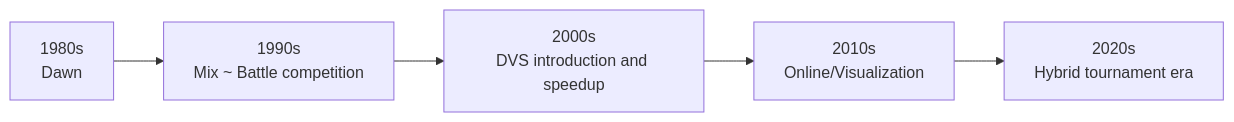
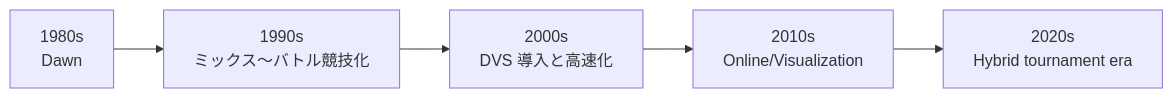
The third of 9 diagrams in en/_posts/2025-11-23-column-dmc-world-dj-championship.md (monumental-movement/monumental-movement.github.io), drawn with Mermaid before and after one commit. The commit also changed other lines of this file and 1012 other files, not shown here.

```diff
--- a/en/_posts/2025-11-23-column-dmc-world-dj-championship.md
+++ b/en/_posts/2025-11-23-column-dmc-world-dj-championship.md
@@ -289,7 +289,7 @@
 <div class="mermaid">
 flowchart LR
-    A[1980s<br>Dawn] --> B[1990s<br>Mix ~ Battle competition]
-    B --> C[2000s<br>DVS introduction and speedup]
+    A[1980s<br>Dawn] --> B[1990s<br>ミックス〜バトル競技化]
+    B --> C[2000s<br>DVS 導入と高速化]
     C --> D[2010s<br>Online/Visualization]
     D --> E[2020s<br>Hybrid tournament era]
 </div>
```
